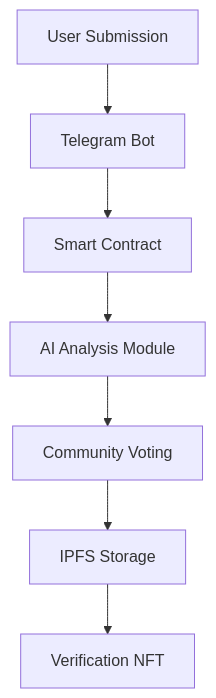
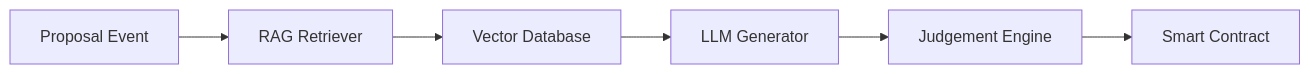
Before and after one commit to truthvalidator/TruthValidatorAgent: the fourth of 4 diagrams in docs/lightpaper.md, drawn with Mermaid. The commit also changed other lines of this file, not shown here.

````diff
--- a/docs/lightpaper.md
+++ b/docs/lightpaper.md
@@ -38,9 +186,8 @@
 ```mermaid
-graph TB
-    A[User Submission] --> B[Telegram Bot]
-    B --> C[Smart Contract]
-    C --> D[AI Analysis Module]
-    D --> E[Community Voting]
-    E --> F[IPFS Storage]
-    F --> G[Verification NFT]
+graph LR
+    Event[Proposal Event] --> Retriever[RAG Retriever]
+    Retriever --> VectorDB[Vector Database]
+    VectorDB --> Generator[LLM Generator]
+    Generator --> Judgement[Judgement Engine]
+    Judgement --> Contract[Smart Contract]
 ```
````
